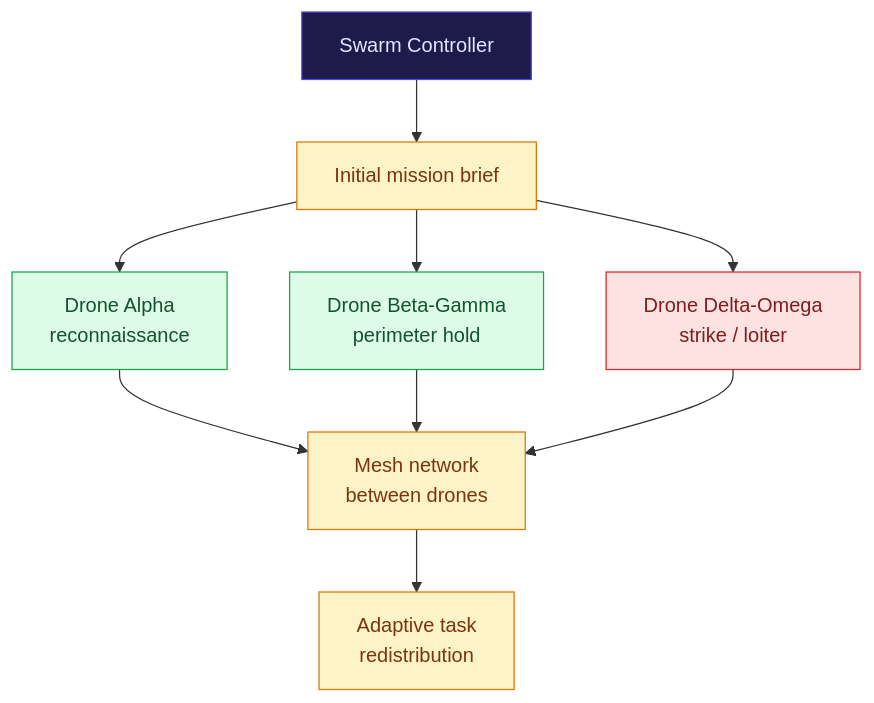
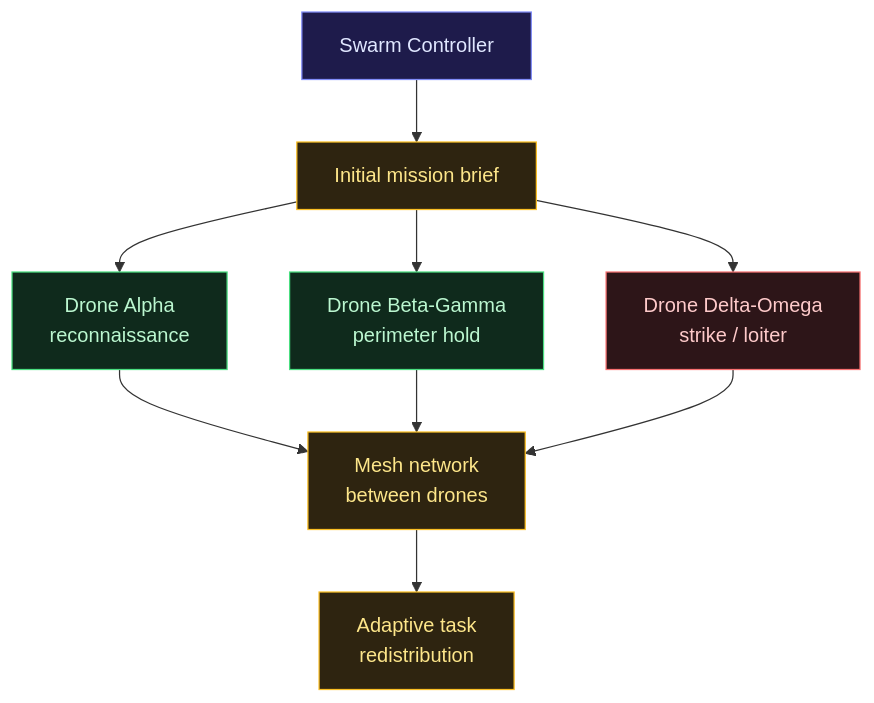
The third of 3 diagrams in src/content/posts/en/mad-01-battlefield.md (arifbazli/malay-tech-journal), drawn with Mermaid before and after one commit. The commit also changed other lines of this file and 16 other files, not shown here.

First line of the commit message:
fix(mermaid): fix light-theme colors and rendering bugs across all diagrams

````diff
--- a/src/content/posts/en/mad-01-battlefield.md
+++ b/src/content/posts/en/mad-01-battlefield.md
@@ -124,22 +123,22 @@
 ```mermaid
 flowchart TB
   SC[Swarm Controller]:::ctrl
   BRIEF[Initial mission brief]:::note
   ALPHA["Drone Alpha<br/>reconnaissance"]:::drone1
   BG["Drone Beta-Gamma<br/>perimeter hold"]:::drone1
   DO["Drone Delta-Omega<br/>strike / loiter"]:::drone2
   MESH[Mesh network<br/>between drones]:::note
   REDIST[Adaptive task<br/>redistribution]:::note
   SC --> BRIEF
   BRIEF --> ALPHA
   BRIEF --> BG
   BRIEF --> DO
   ALPHA --> MESH
   BG --> MESH
   DO --> MESH
   MESH --> REDIST
-  classDef ctrl fill:#1e1b4b,stroke:#4f46e5,color:#e0e7ff
-  classDef note fill:#fef3c7,stroke:#d97706,color:#78350f
-  classDef drone1 fill:#dcfce7,stroke:#16a34a,color:#14532d
-  classDef drone2 fill:#fee2e2,stroke:#dc2626,color:#7f1d1d
+  classDef ctrl fill:#1e1b4b,stroke:#818cf8,color:#e0e7ff
+  classDef note fill:#2e2410,stroke:#fbbf24,color:#fde68a
+  classDef drone1 fill:#0f2a1c,stroke:#4ade80,color:#bbf7d0
+  classDef drone2 fill:#2d1518,stroke:#f87171,color:#fecaca
 ```
````
